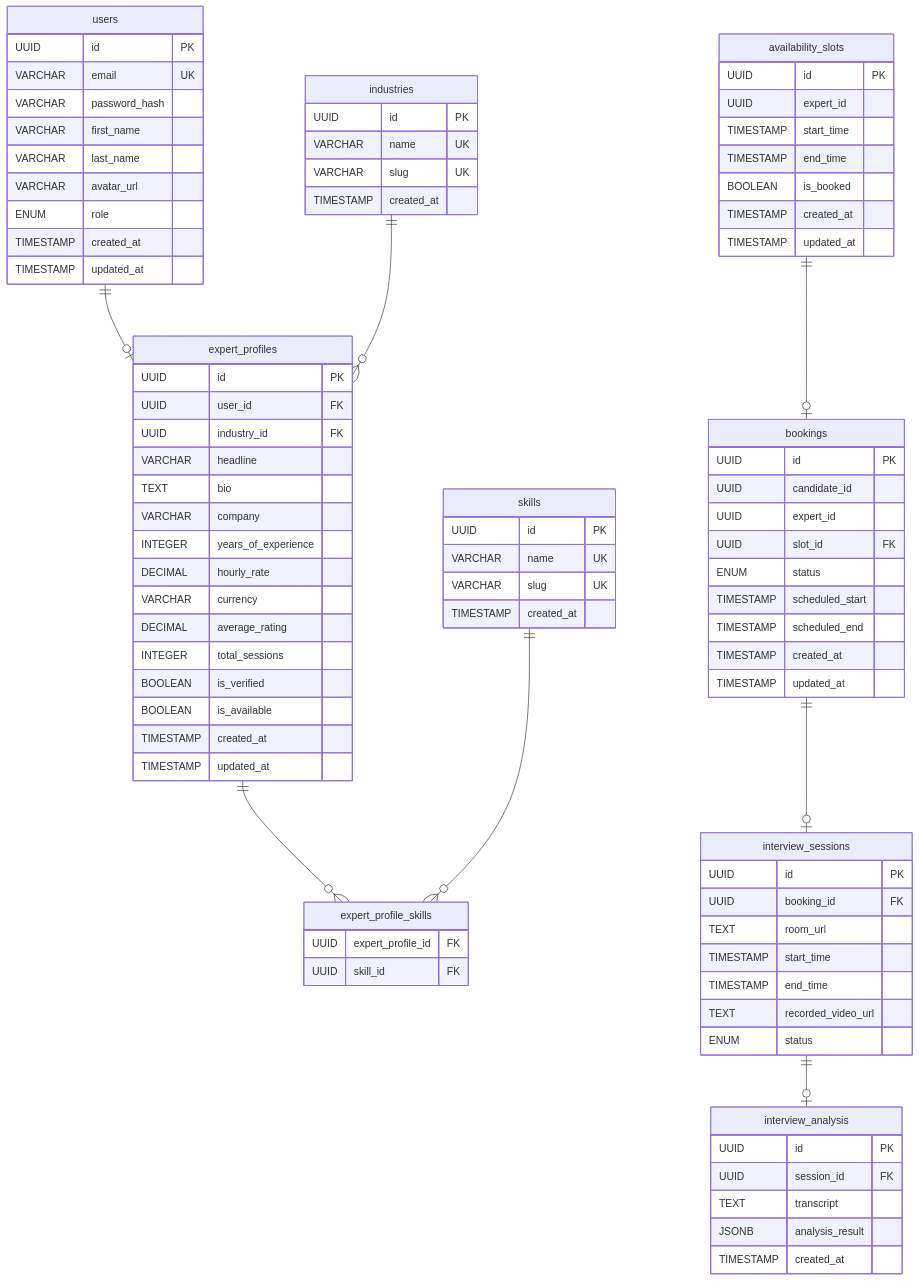
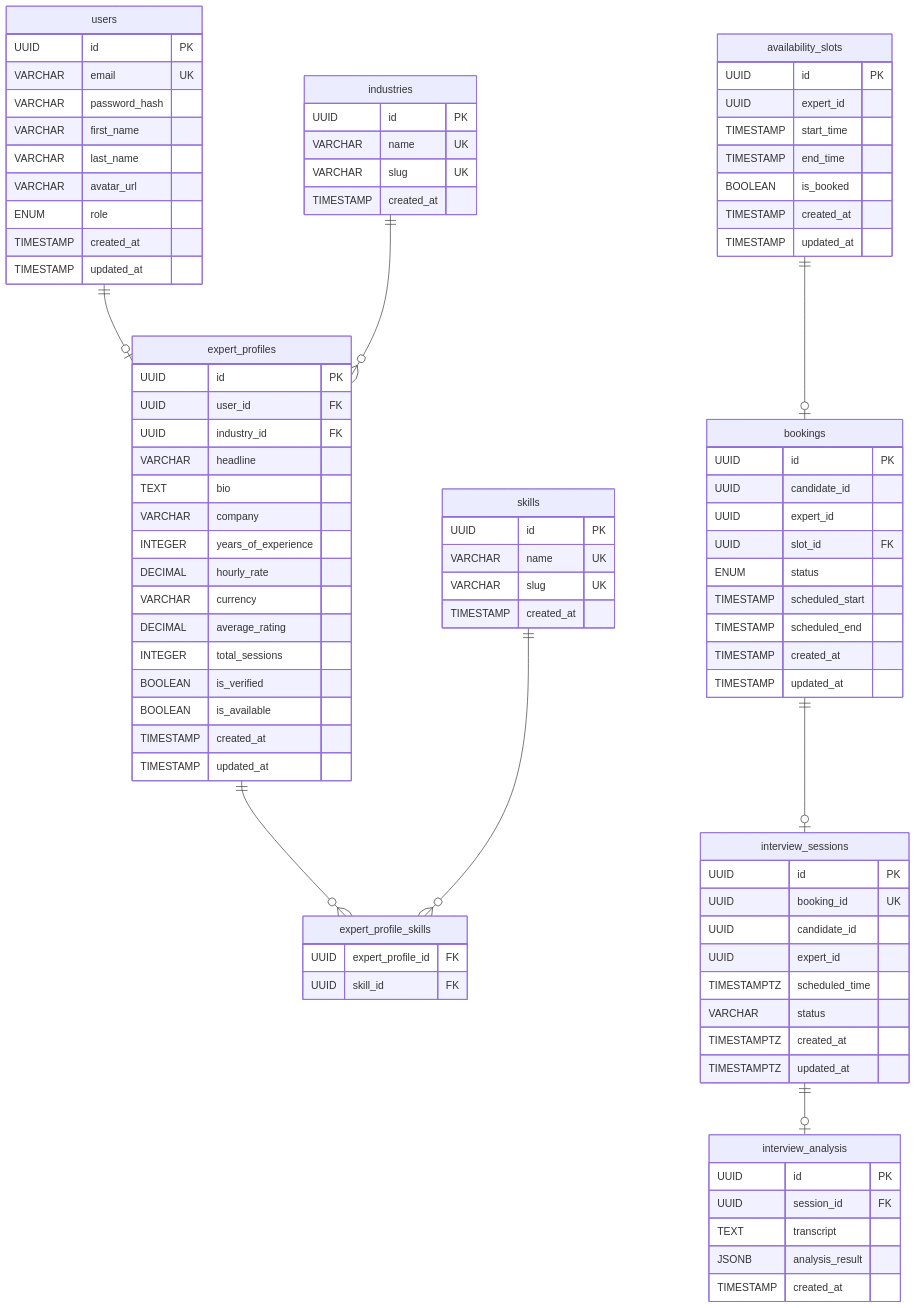
One commit to Ulwus/Internview changed the third of 3 diagrams in docs/domain-model.md. Above: the diagram before and after it, drawn with Mermaid. The commit also changed other lines of this file and 3 other files, not shown here.

```diff
--- a/docs/domain-model.md
+++ b/docs/domain-model.md
@@ -312,12 +317,13 @@
 
     interview_sessions {
         UUID id PK
-        UUID booking_id FK
-        TEXT room_url
-        TIMESTAMP start_time
-        TIMESTAMP end_time
-        TEXT recorded_video_url
-        ENUM status
+        UUID booking_id UK
+        UUID candidate_id
+        UUID expert_id
+        TIMESTAMPTZ scheduled_time
+        VARCHAR status
+        TIMESTAMPTZ created_at
+        TIMESTAMPTZ updated_at
     }
 
     interview_analysis {
```
